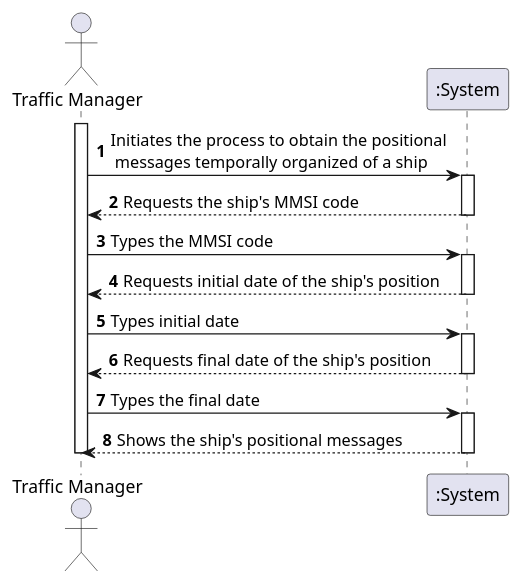
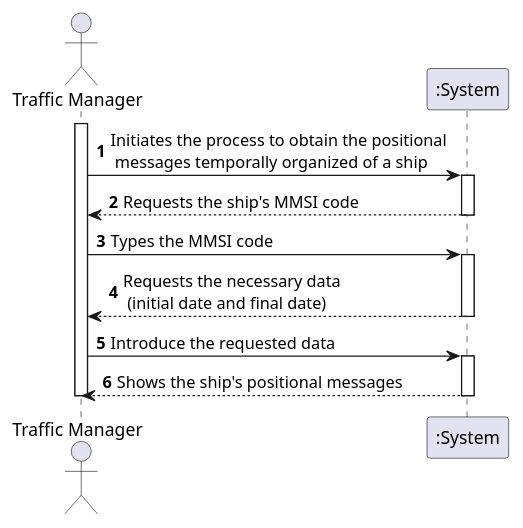
One commit to 0franciscor/lapr3-2021-g042 changed the diagram in docs/US103/US103_SSD.puml. Above: the diagram before and after it, drawn with PlantUML. The commit also changed 11 other files, not shown here.

```diff
--- a/docs/US103/US103_SSD.puml
+++ b/docs/US103/US103_SSD.puml
@@ -1,28 +1,24 @@
 @startuml
 'https://plantuml.com/sequence-diagram
 
 autonumber
 actor "Traffic Manager" as TM
 
 
 activate TM
 TM -> ":System" : Initiates the process to obtain the positional\n messages temporally organized of a ship
 activate ":System"
 ":System" --> TM : Requests the ship's MMSI code
 deactivate ":System"
 TM -> ":System" : Types the MMSI code
 activate ":System"
-":System" --> TM : Requests initial date of the ship's position
+":System" --> TM : Requests the necessary data \n (initial date and final date)
 deactivate ":System"
-TM -> ":System" : Types initial date
-activate ":System"
-":System" --> TM : Requests final date of the ship's position
-deactivate ":System"
-TM -> ":System" : Types the final date
+TM -> ":System" : Introduce the requested data
 activate ":System"
 ":System" --> TM : Shows the ship's positional messages
 deactivate ":System"
 
 deactivate TM
 
 @enduml
```
